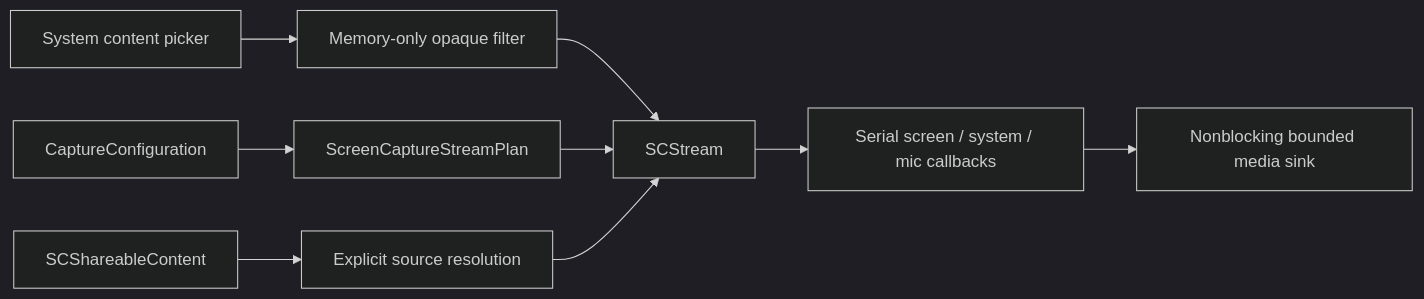
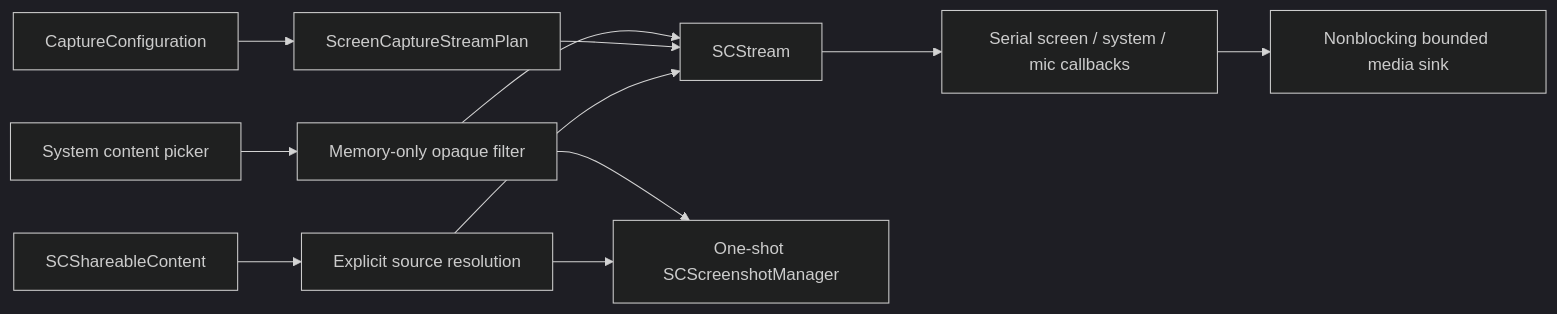
The diagram in docs/capture/screencapturekit.md (aindaco1/record), drawn with Mermaid (dark theme) before and after one commit. The commit also changed other lines of this file and 49 other files, not shown here.

````diff
--- a/docs/capture/screencapturekit.md
+++ b/docs/capture/screencapturekit.md
@@ -7,11 +7,13 @@
 ```mermaid
 flowchart LR
     Picker["System content picker"] --> Selection["Memory-only opaque filter"]
     Config["CaptureConfiguration"] --> Plan["ScreenCaptureStreamPlan"]
     Catalog["SCShareableContent"] --> Resolve["Explicit source resolution"]
     Selection --> Stream
+    Selection --> Still["One-shot SCScreenshotManager"]
+    Resolve --> Still
     Plan --> Stream["SCStream"]
     Resolve --> Stream
     Stream --> Router["Serial screen / system / mic callbacks"]
     Router --> Sink["Nonblocking bounded media sink"]
 ```
````
